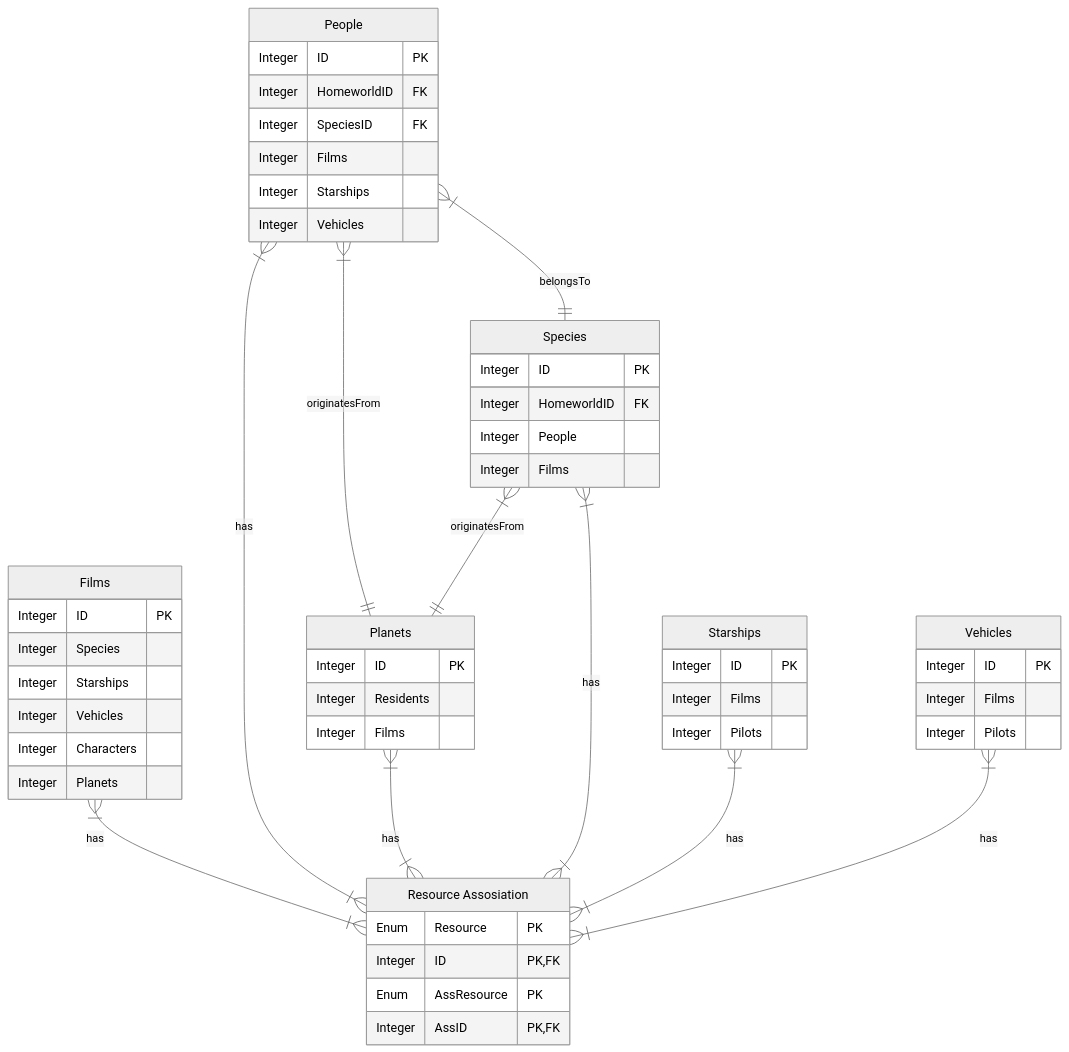
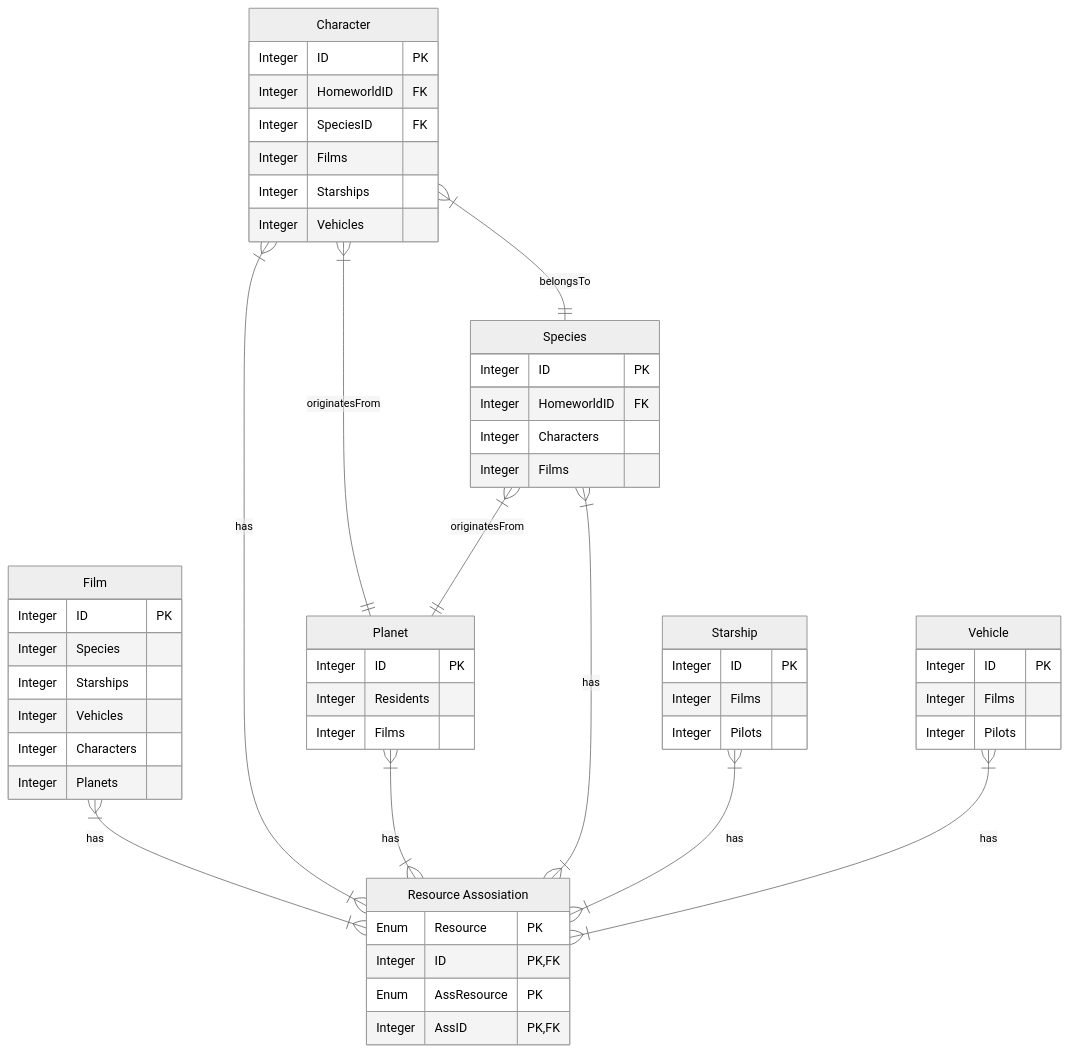
Before and after one commit to Wholffe/BC-SWAPI: the diagram in README.md, drawn with Mermaid (neutral theme). The commit also changed other lines of this file and 28 other files, not shown here.

````diff
--- a/README.md
+++ b/README.md
@@ -8,56 +8,56 @@
 ```mermaid
 erDiagram
-    Films {
+    Film {
         Integer ID PK
         Integer Species
         Integer Starships
         Integer Vehicles
         Integer Characters
         Integer Planets
     }
-    People {
+    Character {
         Integer ID PK
         Integer HomeworldID FK
         Integer SpeciesID FK
         Integer Films
         Integer Starships
         Integer Vehicles
     }
-    Planets {
+    Planet {
         Integer ID PK
         Integer Residents
         Integer Films
     }
     Species {
         Integer ID PK
         Integer HomeworldID FK
-        Integer People
+        Integer Characters
         Integer Films
     }
-    Starships {
+    Starship {
         Integer ID PK
         Integer Films
         Integer Pilots
     }
-    Vehicles {
+    Vehicle {
         Integer ID PK
         Integer Films
         Integer Pilots
     }
     "Resource Assosiation" {
         Enum Resource PK
         Integer ID PK,FK
         Enum AssResource PK
         Integer AssID PK,FK
     }
     
-    Films }|--|{ "Resource Assosiation" : has
-    People }|--|{ "Resource Assosiation" : has
-    People }|--|| Planets : originatesFrom
-    People }|--|| Species : belongsTo
-    Planets }|--|{ "Resource Assosiation" : has
+    Film }|--|{ "Resource Assosiation" : has
+    Character }|--|{ "Resource Assosiation" : has
+    Character }|--|| Planet : originatesFrom
+    Character }|--|| Species : belongsTo
+    Planet }|--|{ "Resource Assosiation" : has
     Species }|--|{ "Resource Assosiation" : has
-    Species }|--|| Planets : originatesFrom
-    Starships }|--|{ "Resource Assosiation" : has
-    Vehicles }|--|{ "Resource Assosiation" : has
+    Species }|--|| Planet : originatesFrom
+    Starship }|--|{ "Resource Assosiation" : has
+    Vehicle }|--|{ "Resource Assosiation" : has
 ```
````
